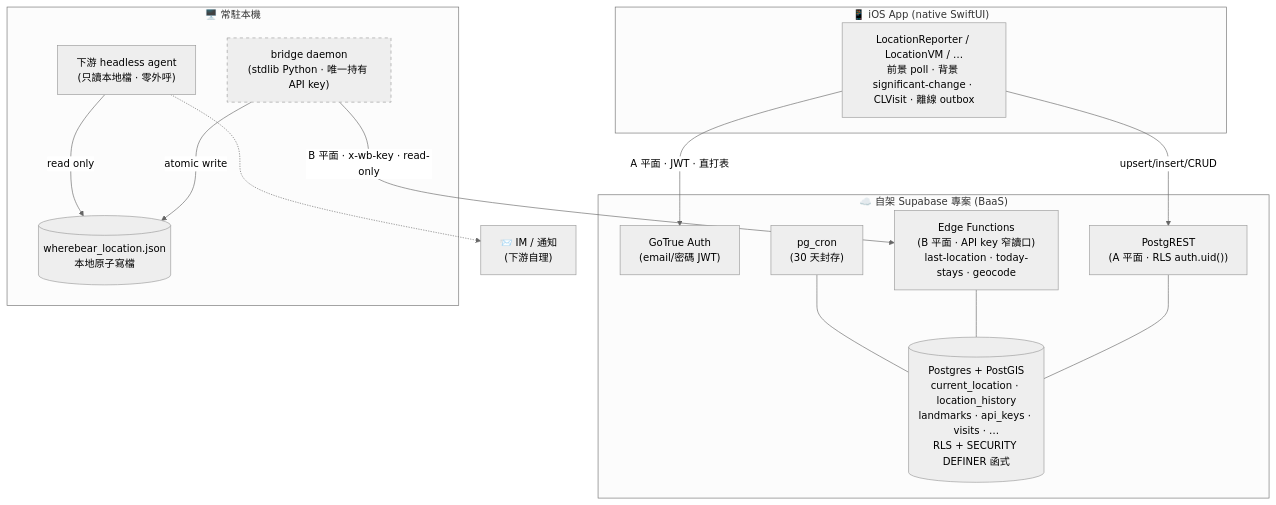
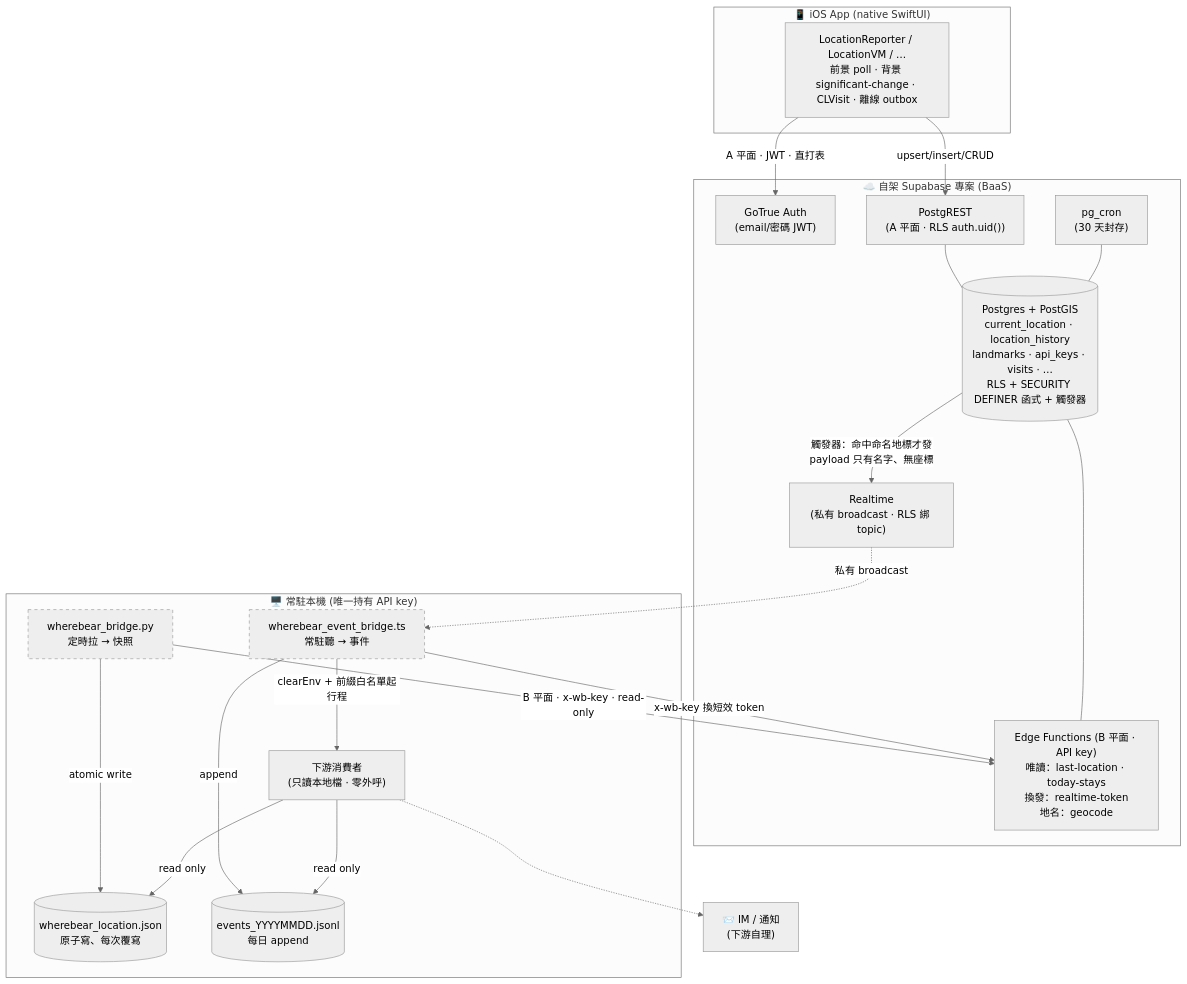
Before and after one commit to KerberosClaw/kc_wherebear_oss: the first of 7 diagrams in docs/ARCHITECTURE.md, drawn with Mermaid (neutral theme). The commit also changed other lines of this file, not shown here.

First line of the commit message:
docs(architecture): 補事件通道 + ER 圖依功能拆三張 + 修三處失準敘述 (#3)

````diff
--- a/docs/ARCHITECTURE.md
+++ b/docs/ARCHITECTURE.md
@@ -15,35 +17,46 @@
 ```mermaid
 flowchart TB
     subgraph device["📱 iOS App (native SwiftUI)"]
         app["LocationReporter / LocationVM / …<br/>前景 poll · 背景 significant-change · CLVisit · 離線 outbox"]
     end
 
     subgraph supabase["☁️ 自架 Supabase 專案 (BaaS)"]
         auth["GoTrue Auth<br/>(email/密碼 JWT)"]
         rest["PostgREST<br/>(A 平面 · RLS auth.uid())"]
-        edge["Edge Functions<br/>(B 平面 · API key 窄讀口)<br/>last-location · today-stays · geocode"]
-        db[("Postgres + PostGIS<br/>current_location · location_history<br/>landmarks · api_keys · visits · …<br/>RLS + SECURITY DEFINER 函式")]
+        edge["Edge Functions (B 平面 · API key)<br/>唯讀：last-location · today-stays<br/>換發：realtime-token<br/>地名：geocode"]
+        db[("Postgres + PostGIS<br/>current_location · location_history<br/>landmarks · api_keys · visits · …<br/>RLS + SECURITY DEFINER 函式 + 觸發器")]
+        rt["Realtime<br/>(私有 broadcast · RLS 綁 topic)"]
         cron["pg_cron<br/>(30 天封存)"]
     end
 
-    subgraph local["🖥️ 常駐本機"]
-        bridge["bridge daemon<br/>(stdlib Python · 唯一持有 API key)"]
-        json[("wherebear_location.json<br/>本地原子寫檔")]
-        agent["下游 headless agent<br/>(只讀本地檔 · 零外呼)"]
+    subgraph local["🖥️ 常駐本機 (唯一持有 API key)"]
+        bridge["wherebear_bridge.py<br/>定時拉 → 快照"]
+        evb["wherebear_event_bridge.ts<br/>常駐聽 → 事件"]
+        json[("wherebear_location.json<br/>原子寫、每次覆寫")]
+        ev[("events_YYYYMMDD.jsonl<br/>每日 append")]
+        agent["下游消費者<br/>(只讀本地檔 · 零外呼)"]
     end
 
     im["📨 IM / 通知<br/>(下游自理)"]
 
     app -- "A 平面 · JWT · 直打表" --> auth
     app -- "upsert/insert/CRUD" --> rest
     rest --- db
     edge --- db
     cron --- db
+    db -- "觸發器：命中命名地標才發<br/>payload 只有名字、無座標" --> rt
+
     bridge -- "B 平面 · x-wb-key · read-only" --> edge
+    evb -- "x-wb-key 換短效 token" --> edge
+    rt -. "私有 broadcast" .-> evb
+
     bridge -- "atomic write" --> json
+    evb -- "append" --> ev
+    evb -- "clearEnv + 前綴白名單起行程" --> agent
     agent -- "read only" --> json
+    agent -- "read only" --> ev
     agent -.-> im
 
     classDef net stroke-dasharray:5 5;
-    class bridge net;
+    class bridge,evb net;
 ```
````
